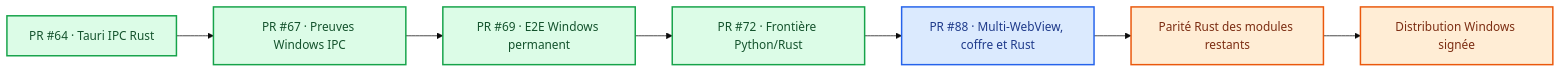
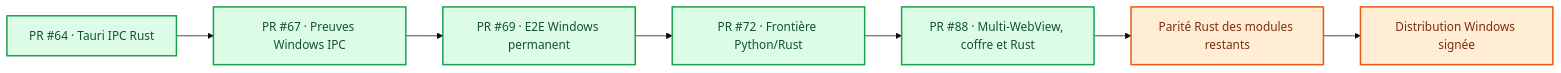
One commit to suvorovpravda/Pravda-Bot changed the first of 3 diagrams in docs/PRAVDA-GUIDE.md. Above: the diagram before and after it, drawn with Mermaid (base theme). The commit also changed other lines of this file and 11 other files, not shown here.

````diff
--- a/docs/PRAVDA-GUIDE.md
+++ b/docs/PRAVDA-GUIDE.md
@@ -75,12 +75,12 @@
 ```mermaid
 flowchart LR
     classDef done fill:#dcfce7,stroke:#16a34a,color:#14532d,stroke-width:2px
     classDef active fill:#dbeafe,stroke:#2563eb,color:#1e3a8a,stroke-width:2px
     classDef pending fill:#ffedd5,stroke:#ea580c,color:#7c2d12,stroke-width:2px
     A["PR #64 · Tauri IPC Rust"]:::done --> B["PR #67 · Preuves Windows IPC"]:::done
     B --> C["PR #69 · E2E Windows permanent"]:::done
     C --> D["PR #72 · Frontière Python/Rust"]:::done
-    D --> E["PR #88 · Multi-WebView, coffre et Rust"]:::active
+    D --> E["PR #88 · Multi-WebView, coffre et Rust"]:::done
     E --> F["Parité Rust des modules restants"]:::pending
     F --> G["Distribution Windows signée"]:::pending
 ```
````
